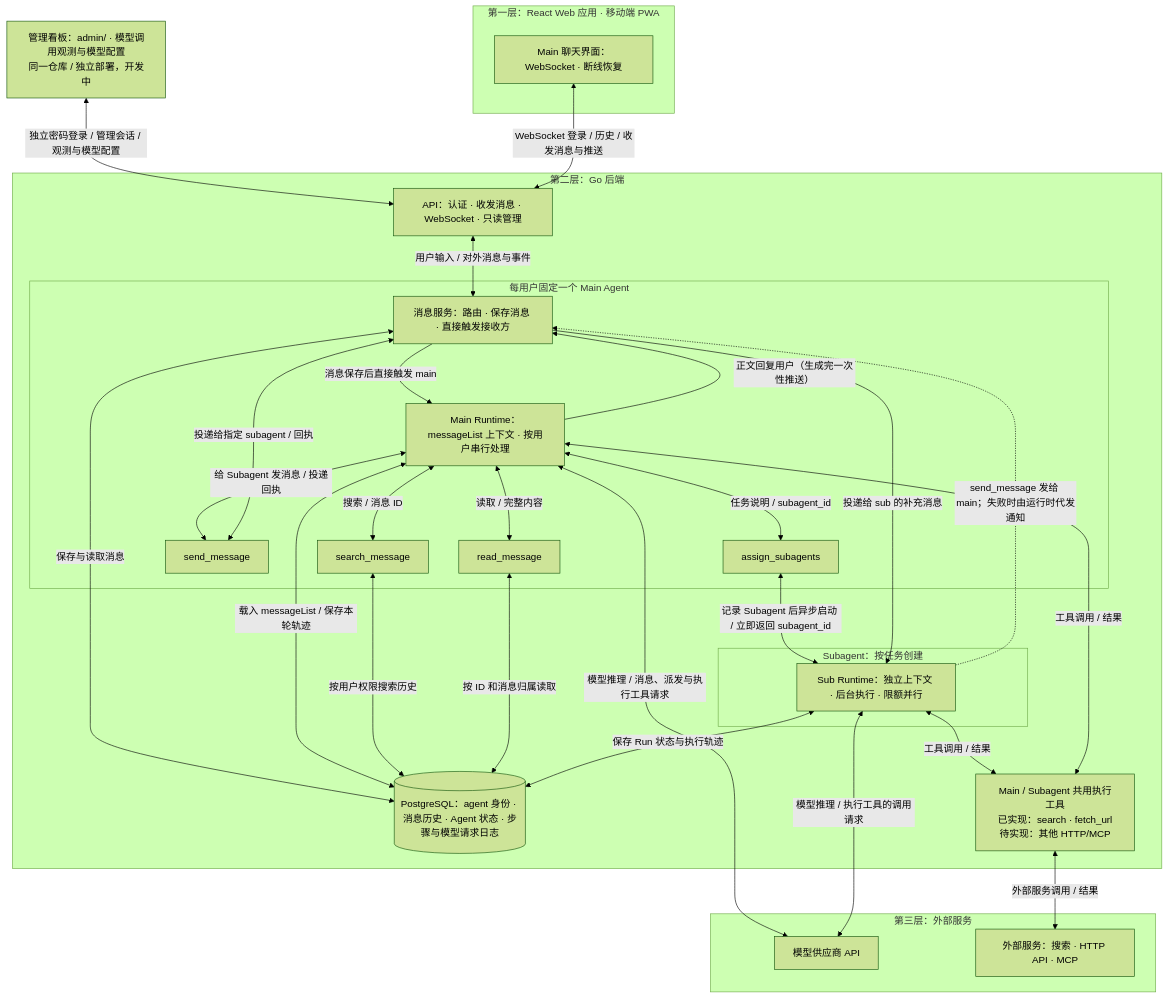
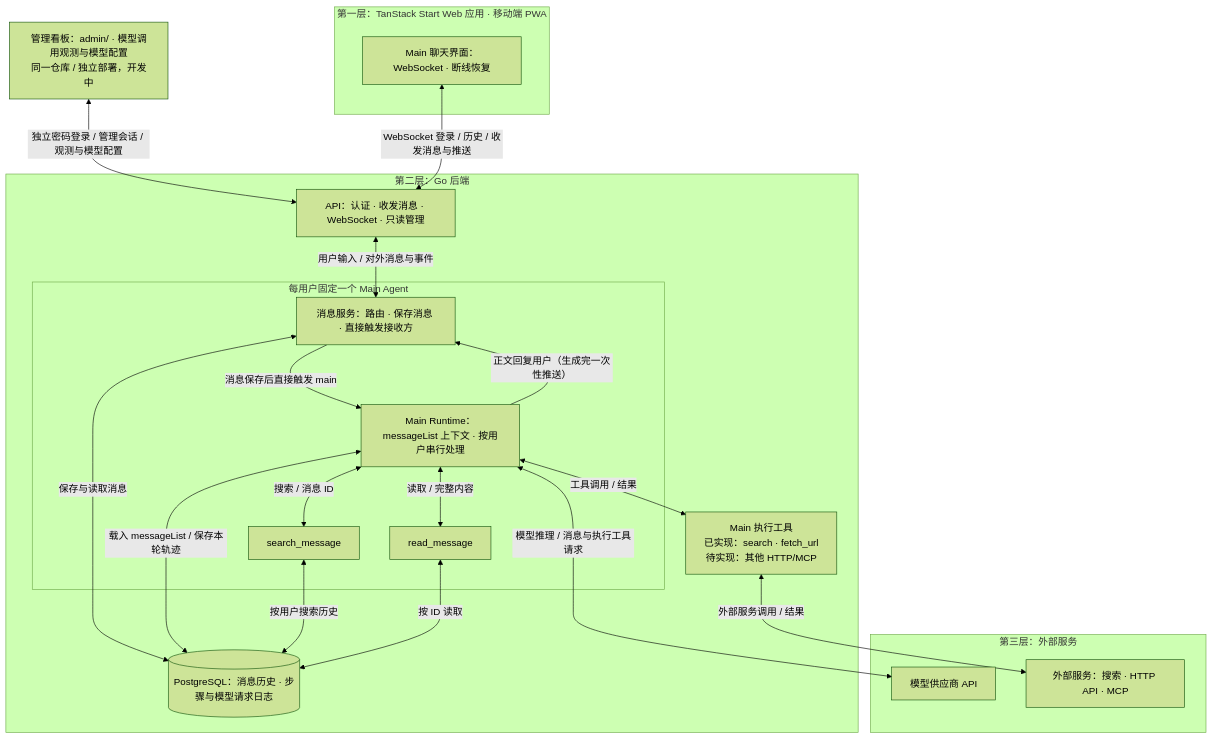
The diagram in docs/architecture.mmd (OmniNetOpensource/aether-personal), drawn with Mermaid (forest theme) before and after one commit. The commit also changed 12 other files, not shown here.

First line of the commit message:
docs: record Main runtime and rich chat design

```diff
--- a/docs/architecture.mmd
+++ b/docs/architecture.mmd
@@ -1,57 +1,42 @@
 flowchart TD
-    subgraph L1["第一层：React Web 应用 · 移动端 PWA"]
+    subgraph L1["第一层：TanStack Start Web 应用 · 移动端 PWA"]
         CLIENT["Main 聊天界面：WebSocket · 断线恢复"]
     end
 
     subgraph L2["第二层：Go 后端"]
         API["API：认证 · 收发消息 · WebSocket · 只读管理"]
         MESSAGES["消息服务：路由 · 保存消息 · 直接触发接收方"]
-        DB[("PostgreSQL：agent 身份 · 消息历史 · Agent 状态 · 步骤与模型请求日志")]
+        DB[("PostgreSQL：消息历史 · 步骤与模型请求日志")]
 
         subgraph MAINBOX["每用户固定一个 Main Agent"]
             MAIN["Main Runtime：messageList 上下文 · 按用户串行处理"]
-            ASSIGN["assign_subagents"]
-            SEND["send_message"]
             SEARCH["search_message"]
             READ["read_message"]
 
-            MAIN <-->|"任务说明 / subagent_id"| ASSIGN
-            MAIN <-->|"给 Subagent 发消息 / 投递回执"| SEND
             MAIN <-->|"搜索 / 消息 ID"| SEARCH
             MAIN <-->|"读取 / 完整内容"| READ
             MAIN -->|"正文回复用户（生成完一次性推送）"| MESSAGES
         end
 
-        subgraph SUBBOX["Subagent：按任务创建"]
-            SUB["Sub Runtime：独立上下文 · 后台执行 · 限额并行"]
-        end
-
-        TOOLS["Main / Subagent 共用执行工具<br/>已实现：search · fetch_url<br/>待实现：其他 HTTP/MCP"]
-        SUB <-->|"工具调用 / 结果"| TOOLS
+        TOOLS["Main 执行工具<br/>已实现：search · fetch_url<br/>待实现：其他 HTTP/MCP"]
         MAIN <-->|"工具调用 / 结果"| TOOLS
         API <-->|"用户输入 / 对外消息与事件"| MESSAGES
         MESSAGES <-->|"保存与读取消息"| DB
         MESSAGES -->|"消息保存后直接触发 main"| MAIN
         MAIN <-->|"载入 messageList / 保存本轮轨迹"| DB
 
-        ASSIGN <-->|"记录 Subagent 后异步启动 / 立即返回 subagent_id"| SUB
-        SEND <-->|"投递给指定 subagent / 回执"| MESSAGES
-        SEARCH <-->|"按用户权限搜索历史"| DB
-        READ <-->|"按 ID 和消息归属读取"| DB
+        SEARCH <-->|"按用户搜索历史"| DB
+        READ <-->|"按 ID 读取"| DB
 
-        MESSAGES -->|"投递给 sub 的补充消息"| SUB
-        SUB -.->|"send_message 发给 main；失败时由运行时代发通知"| MESSAGES
-        SUB <-->|"保存 Run 状态与执行轨迹"| DB
     end
 
     subgraph L3["第三层：外部服务"]
         MODEL["模型供应商 API"]
         EXTERNAL["外部服务：搜索 · HTTP API · MCP"]
     end
 
     ADMIN["管理看板：admin/ · 模型调用观测与模型配置<br/>同一仓库 / 独立部署，开发中"]
     ADMIN <-->|"独立密码登录 / 管理会话 / 观测与模型配置"| API
     CLIENT <-->|"WebSocket 登录 / 历史 / 收发消息与推送"| API
-    MAIN <-->|"模型推理 / 消息、派发与执行工具请求"| MODEL
-    SUB <-->|"模型推理 / 执行工具的调用请求"| MODEL
+    MAIN <-->|"模型推理 / 消息与执行工具请求"| MODEL
     TOOLS <-->|"外部服务调用 / 结果"| EXTERNAL
```
